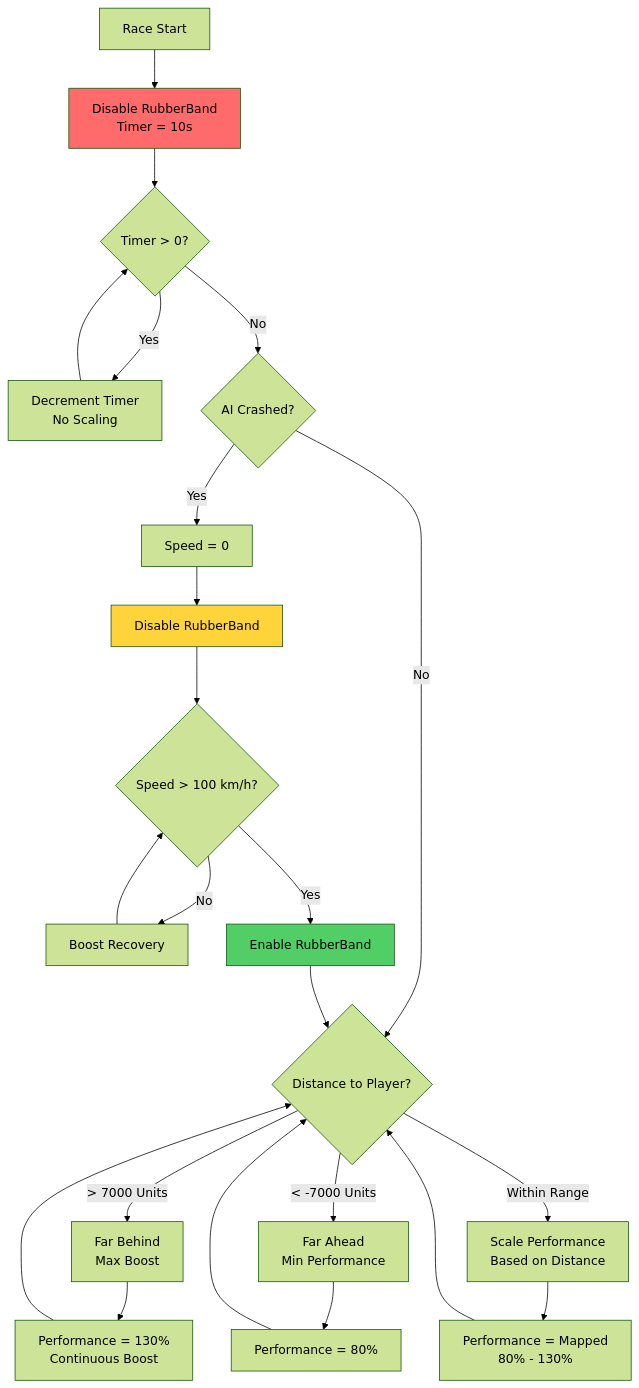
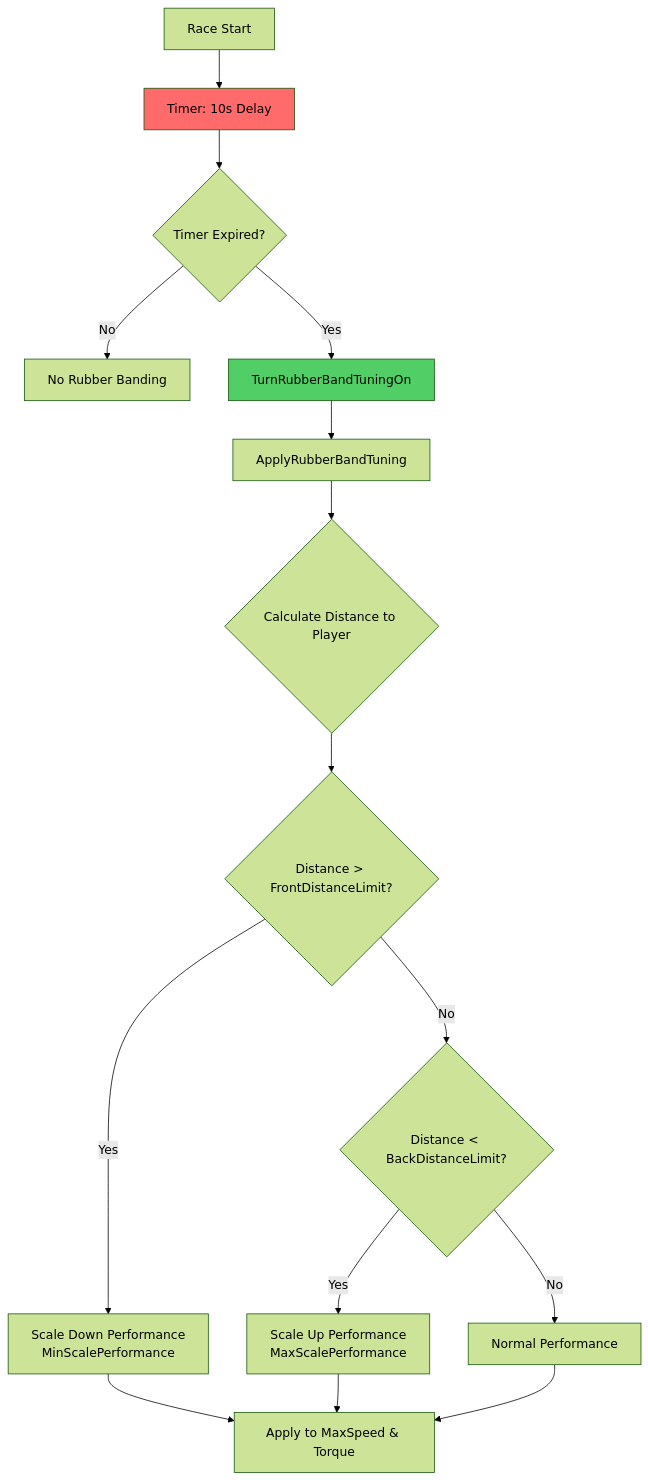
The fourth of 4 diagrams in Docs/features/racer-ai/design/racer-ai-architecture.md (Click-Game-Studio/VNRacing), drawn with Mermaid (forest theme) before and after one commit. The commit also changed other lines of this file and 143 other files, not shown here.

````diff
--- a/Docs/features/racer-ai/design/racer-ai-architecture.md
+++ b/Docs/features/racer-ai/design/racer-ai-architecture.md
@@ -366,33 +566,22 @@
 ```mermaid
 flowchart TD
-    A[Race Start] --> B[Disable RubberBand<br/>Timer = 10s]
-    B --> C{Timer > 0?}
-    C -->|Yes| D[Decrement Timer<br/>No Scaling]
-    C -->|No| E{AI Crashed?}
-
-    E -->|Yes| F[Speed = 0]
-    F --> G[Disable RubberBand]
-    G --> H{Speed > 100 km/h?}
-    H -->|No| I[Boost Recovery]
-    H -->|Yes| J[Enable RubberBand]
-
-    E -->|No| K{Distance to Player?}
-    K -->|> 7000 Units| L[Far Behind<br/>Max Boost]
-    K -->|< -7000 Units| M[Far Ahead<br/>Min Performance]
-    K -->|Within Range| N[Scale Performance<br/>Based on Distance]
-
-    L --> O[Performance = 130%<br/>Continuous Boost]
-    M --> P[Performance = 80%]
-    N --> Q[Performance = Mapped<br/>80% - 130%]
-
-    J --> K
-    O --> K
-    P --> K
-    Q --> K
-    D --> C
-    I --> H
-
+    A[Race Start] --> B[Timer: 10s Delay]
+    B --> C{Timer Expired?}
+    C -->|No| D[No Rubber Banding]
+    C -->|Yes| E[TurnRubberBandTuningOn]
+    E --> F[ApplyRubberBandTuning]
+    
+    F --> G{Calculate Distance to Player}
+    G --> H{Distance > FrontDistanceLimit?}
+    H -->|Yes| I[Scale Down Performance<br/>MinScalePerformance]
+    H -->|No| J{Distance < BackDistanceLimit?}
+    J -->|Yes| K[Scale Up Performance<br/>MaxScalePerformance]
+    J -->|No| L[Normal Performance]
+    
+    I --> M[Apply to MaxSpeed & Torque]
+    K --> M
+    L --> M
+    
     style B fill:#ff6b6b
-    style J fill:#51cf66
-    style G fill:#ffd43b
+    style E fill:#51cf66
 ```
````
